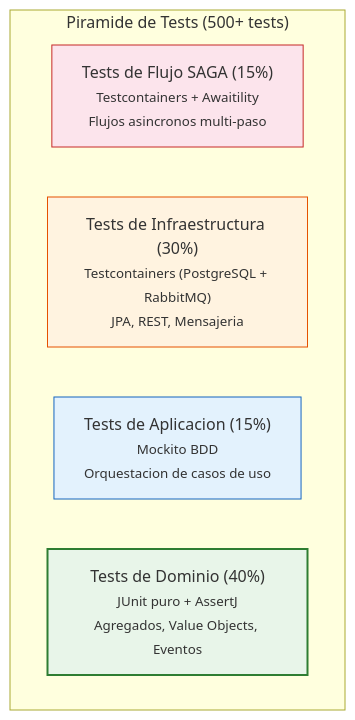
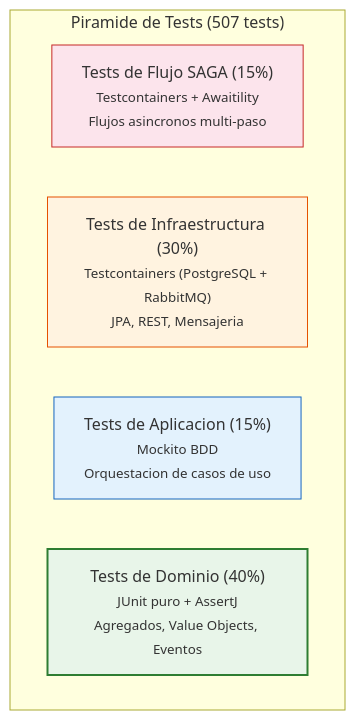
The sixth of 9 diagrams in README.md (Cortadai/vehicle-rental-platform), drawn with Mermaid before and after one commit. The commit also changed other lines of this file and 4 other files, not shown here.

````diff
--- a/README.md
+++ b/README.md
@@ -517,14 +569,14 @@
 ```mermaid
 graph TB
-    subgraph "Piramide de Tests (500+ tests)"
+    subgraph "Piramide de Tests (507 tests)"
         SAGA["Tests de Flujo SAGA (15%)<br/><small>Testcontainers + Awaitility<br/>Flujos asincronos multi-paso</small>"]
         INFRA["Tests de Infraestructura (30%)<br/><small>Testcontainers (PostgreSQL + RabbitMQ)<br/>JPA, REST, Mensajeria</small>"]
         APP["Tests de Aplicacion (15%)<br/><small>Mockito BDD<br/>Orquestacion de casos de uso</small>"]
         DOM["Tests de Dominio (40%)<br/><small>JUnit puro + AssertJ<br/>Agregados, Value Objects, Eventos</small>"]
     end
 
     style DOM fill:#e8f5e9,stroke:#2e7d32,stroke-width:2px
     style APP fill:#e3f2fd,stroke:#1565c0
     style INFRA fill:#fff3e0,stroke:#e65100
     style SAGA fill:#fce4ec,stroke:#c62828
 ```
````
